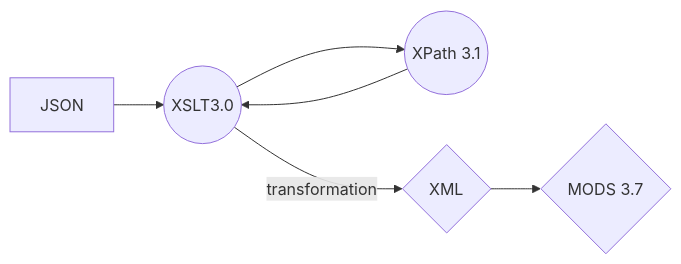
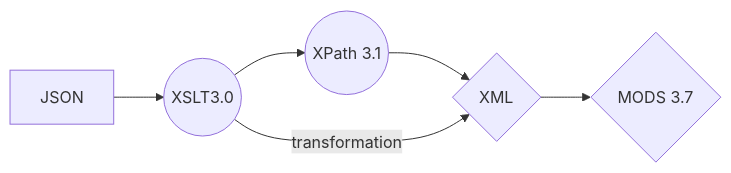
Before and after one commit to CarlosMartinez-USDA/json-to-xml: the first of 3 diagrams in JSON-to-MODS-xslt.md, drawn with Mermaid. The commit also changed other lines of this file, not shown here.

````diff
--- a/JSON-to-MODS-xslt.md
+++ b/JSON-to-MODS-xslt.md
@@ -13,7 +13,7 @@
 ```mermaid
 graph LR
 A[JSON] --> B((XSLT3.0))
-B-->B.1((XPath 3.1))-->B
+B-->B.1((XPath 3.1))-->C
 B --transformation--> C{XML}
 C --> D{MODS 3.7}
 ```
````
